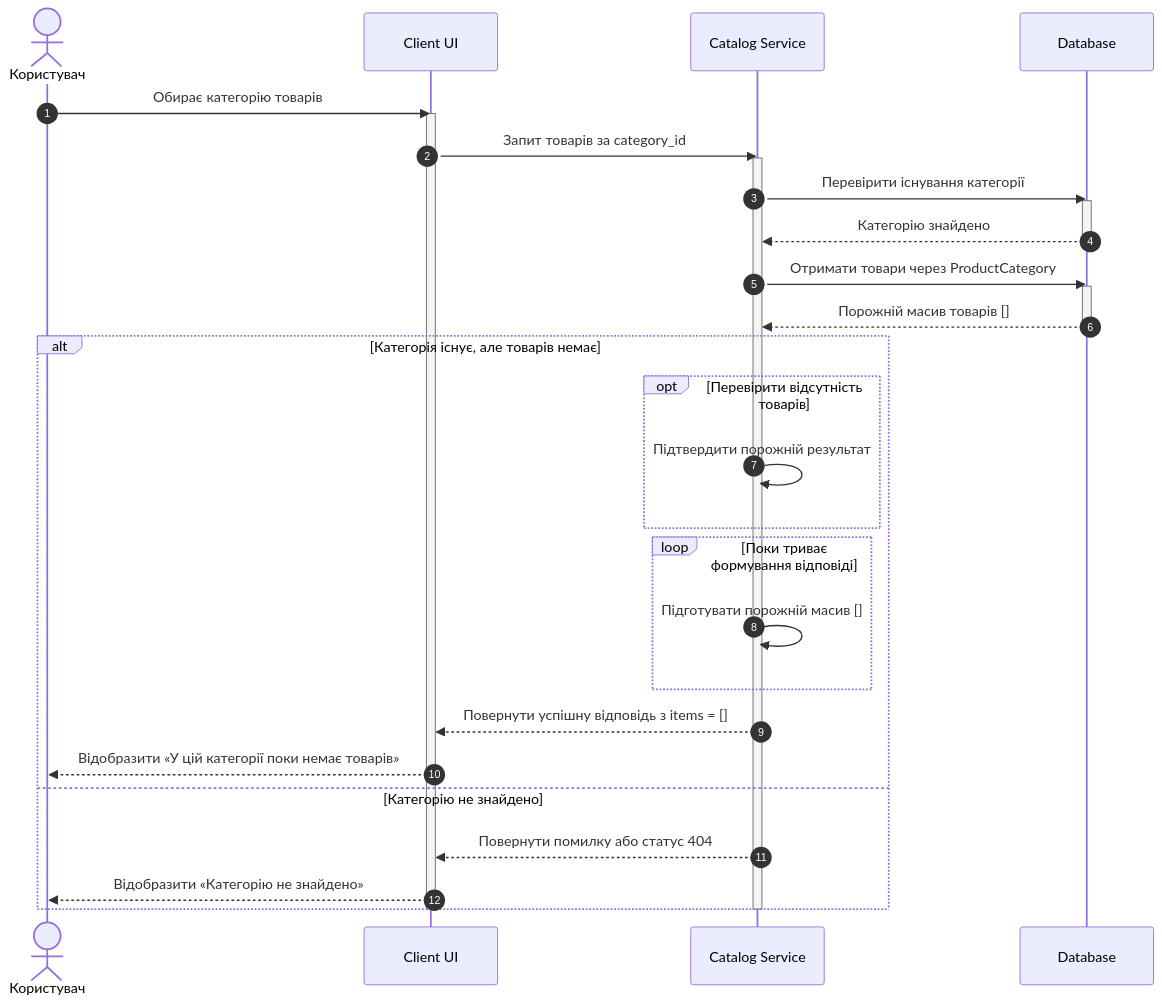
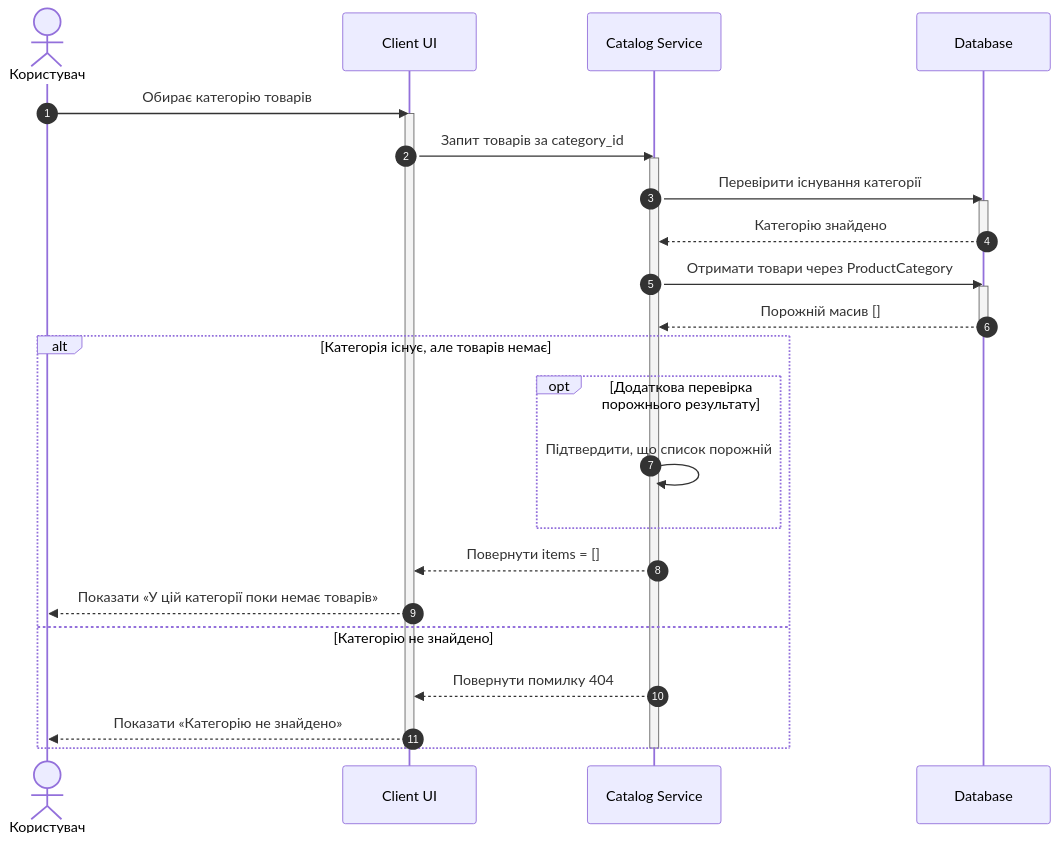
The diagram in scenario-7-2.mmd (Ro-sya/KPI), drawn with Mermaid before and after one commit. The commit also changed 1 other file, not shown here.

Commit message:
delete loop from diagram 7.2

```diff
--- a/scenario-7-2.mmd
+++ b/scenario-7-2.mmd
@@ -1,40 +1,36 @@
 sequenceDiagram
     autonumber
     actor User as Користувач
     participant UI as Client UI
     participant CS as Catalog Service
     participant DB as Database
 
     User->>UI: Обирає категорію товарів
     activate UI
     UI->>CS: Запит товарів за category_id
     activate CS
 
     CS->>DB: Перевірити існування категорії
     activate DB
     DB-->>CS: Категорію знайдено
     deactivate DB
 
     CS->>DB: Отримати товари через ProductCategory
     activate DB
-    DB-->>CS: Порожній масив товарів []
+    DB-->>CS: Порожній масив []
     deactivate DB
 
     alt Категорія існує, але товарів немає
-        opt Перевірити відсутність товарів
-            CS->>CS: Підтвердити порожній результат
+        opt Додаткова перевірка порожнього результату
+            CS->>CS: Підтвердити, що список порожній
         end
 
-        loop Поки триває формування відповіді
-            CS->>CS: Підготувати порожній масив []
-        end
-
-        CS-->>UI: Повернути успішну відповідь з items = []
-        UI-->>User: Відобразити «У цій категорії поки немає товарів»
+        CS-->>UI: Повернути items = []
+        UI-->>User: Показати «У цій категорії поки немає товарів»
     else Категорію не знайдено
-        CS-->>UI: Повернути помилку або статус 404
-        UI-->>User: Відобразити «Категорію не знайдено»
+        CS-->>UI: Повернути помилку 404
+        UI-->>User: Показати «Категорію не знайдено»
     end
 
     deactivate CS
     deactivate UI
```
